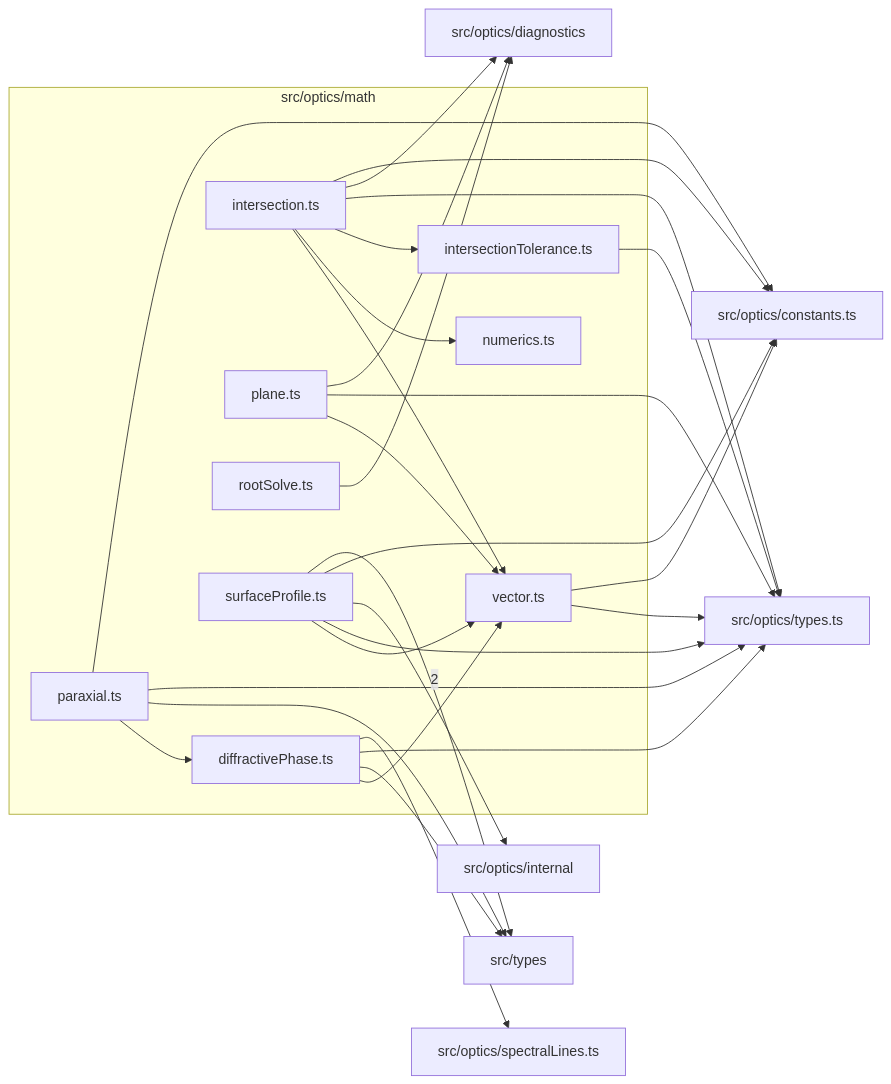
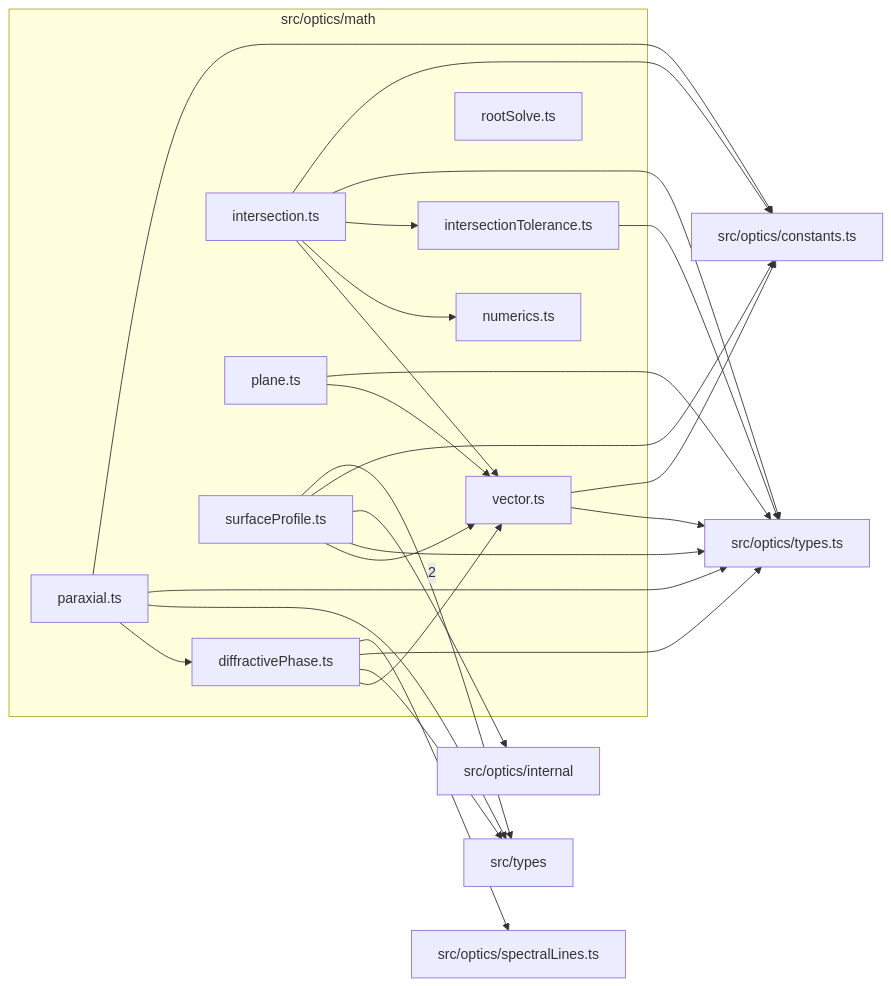
One commit to BeamFour/LensVisualizer changed the diagram in src/optics/math/readme.md. Above: the diagram before and after it, drawn with Mermaid. The commit also changed other lines of this file and 53 other files, not shown here.

````diff
--- a/src/optics/math/readme.md
+++ b/src/optics/math/readme.md
@@ -9,46 +9,42 @@
 ```mermaid
 flowchart LR
   subgraph n_src_optics_math["src/optics/math"]
     n_src_optics_math_src_optics_math_diffractivePhase_ts["diffractivePhase.ts"]
     n_src_optics_math_src_optics_math_intersection_ts["intersection.ts"]
     n_src_optics_math_src_optics_math_intersectionTolerance_ts["intersectionTolerance.ts"]
     n_src_optics_math_src_optics_math_numerics_ts["numerics.ts"]
     n_src_optics_math_src_optics_math_paraxial_ts["paraxial.ts"]
     n_src_optics_math_src_optics_math_plane_ts["plane.ts"]
     n_src_optics_math_src_optics_math_rootSolve_ts["rootSolve.ts"]
     n_src_optics_math_src_optics_math_surfaceProfile_ts["surfaceProfile.ts"]
     n_src_optics_math_src_optics_math_vector_ts["vector.ts"]
   end
   n_external_src_types["src/types"]
   n_external_src_optics_constants_ts["src/optics/constants.ts"]
-  n_external_src_optics_diagnostics["src/optics/diagnostics"]
   n_external_src_optics_internal["src/optics/internal"]
   n_external_src_optics_spectralLines_ts["src/optics/spectralLines.ts"]
   n_external_src_optics_types_ts["src/optics/types.ts"]
   n_src_optics_math_src_optics_math_surfaceProfile_ts --> |2| n_external_src_types
   n_src_optics_math_src_optics_math_intersection_ts --> n_external_src_optics_constants_ts
   n_src_optics_math_src_optics_math_paraxial_ts --> n_external_src_optics_constants_ts
   n_src_optics_math_src_optics_math_surfaceProfile_ts --> n_external_src_optics_constants_ts
   n_src_optics_math_src_optics_math_vector_ts --> n_external_src_optics_constants_ts
-  n_src_optics_math_src_optics_math_intersection_ts --> n_external_src_optics_diagnostics
-  n_src_optics_math_src_optics_math_plane_ts --> n_external_src_optics_diagnostics
-  n_src_optics_math_src_optics_math_rootSolve_ts --> n_external_src_optics_diagnostics
   n_src_optics_math_src_optics_math_surfaceProfile_ts --> n_external_src_optics_internal
   n_src_optics_math_src_optics_math_diffractivePhase_ts --> n_external_src_optics_spectralLines_ts
   n_src_optics_math_src_optics_math_diffractivePhase_ts --> n_external_src_optics_types_ts
   n_src_optics_math_src_optics_math_intersection_ts --> n_external_src_optics_types_ts
   n_src_optics_math_src_optics_math_intersectionTolerance_ts --> n_external_src_optics_types_ts
   n_src_optics_math_src_optics_math_paraxial_ts --> n_external_src_optics_types_ts
   n_src_optics_math_src_optics_math_plane_ts --> n_external_src_optics_types_ts
   n_src_optics_math_src_optics_math_surfaceProfile_ts --> n_external_src_optics_types_ts
   n_src_optics_math_src_optics_math_vector_ts --> n_external_src_optics_types_ts
   n_src_optics_math_src_optics_math_diffractivePhase_ts --> n_external_src_types
   n_src_optics_math_src_optics_math_paraxial_ts --> n_external_src_types
   n_src_optics_math_src_optics_math_paraxial_ts --> n_src_optics_math_src_optics_math_diffractivePhase_ts
   n_src_optics_math_src_optics_math_intersection_ts --> n_src_optics_math_src_optics_math_intersectionTolerance_ts
   n_src_optics_math_src_optics_math_intersection_ts --> n_src_optics_math_src_optics_math_numerics_ts
   n_src_optics_math_src_optics_math_diffractivePhase_ts --> n_src_optics_math_src_optics_math_vector_ts
   n_src_optics_math_src_optics_math_intersection_ts --> n_src_optics_math_src_optics_math_vector_ts
   n_src_optics_math_src_optics_math_plane_ts --> n_src_optics_math_src_optics_math_vector_ts
   n_src_optics_math_src_optics_math_surfaceProfile_ts --> n_src_optics_math_src_optics_math_vector_ts
 ```
````
